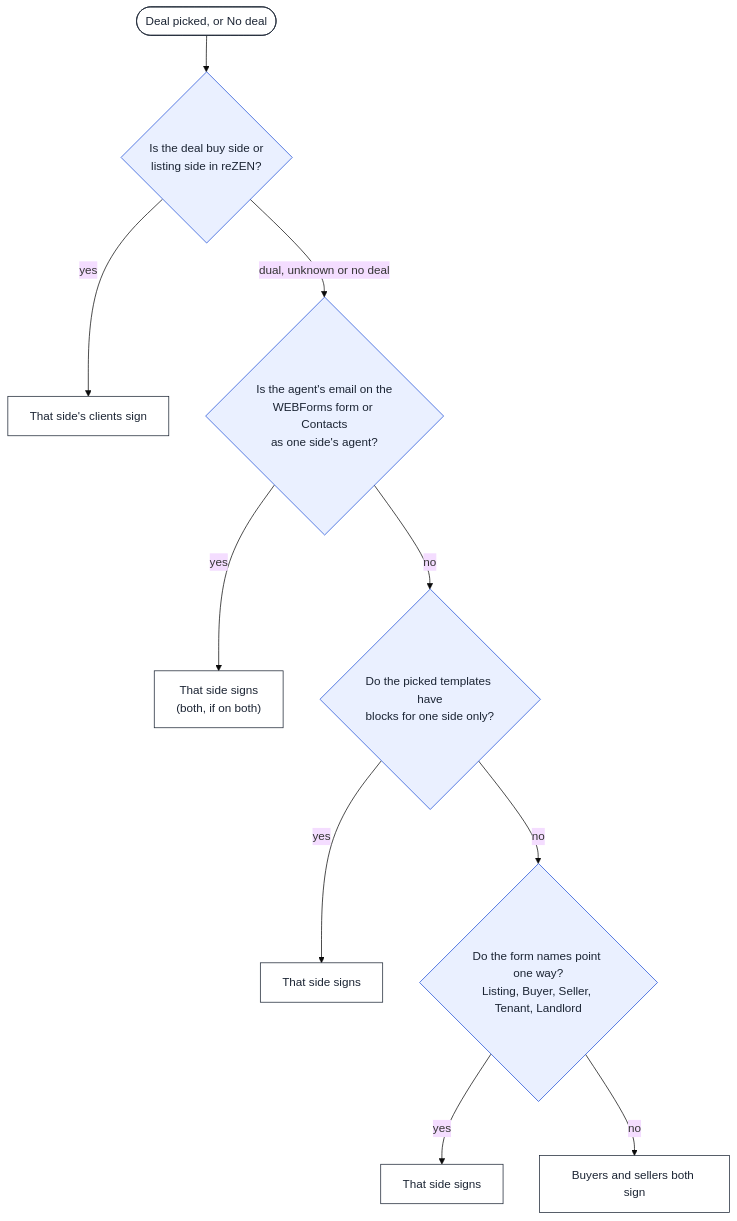
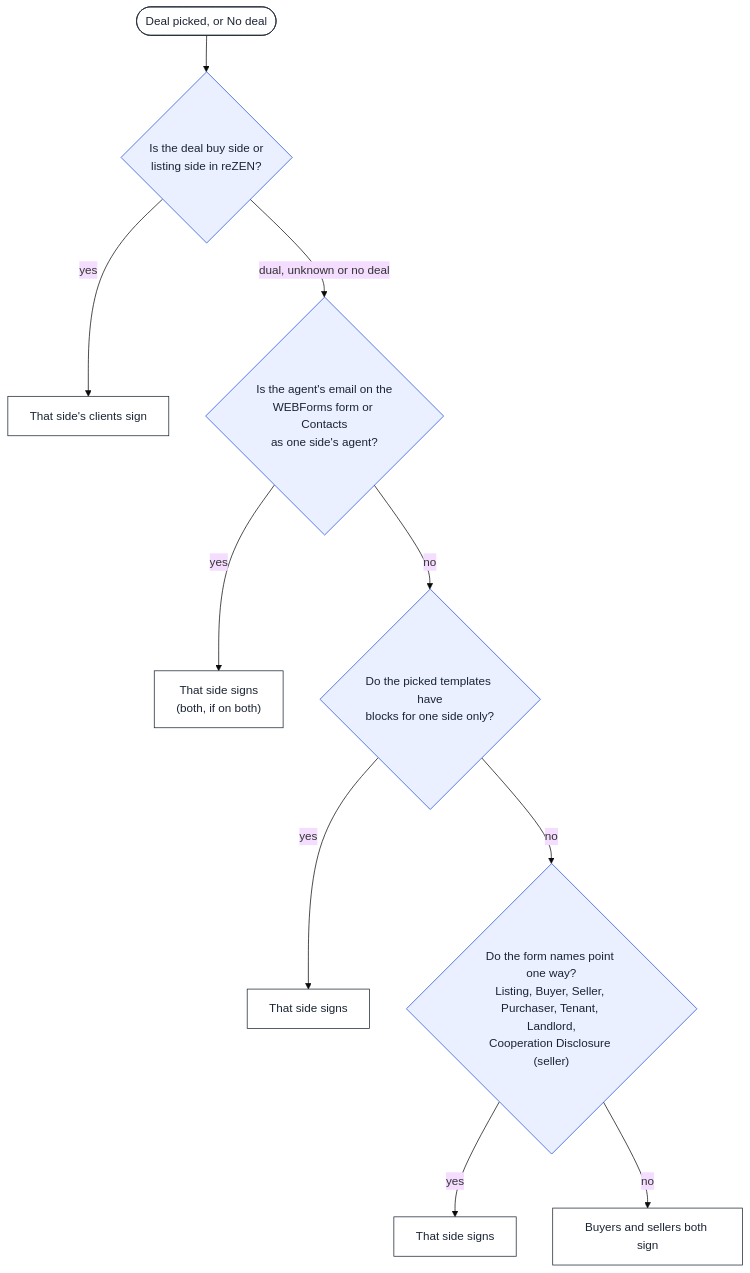
Before and after one commit to stante-group/dotted-line: the second of 4 diagrams in docs/how-the-panel-decides.md, drawn with Mermaid (base theme). The commit also changed 5 other files, not shown here.

First line of the commit message:
Panel: no bare "Please sign" subject on a standalone form; Cooperation form is the seller's

````diff
--- a/docs/how-the-panel-decides.md
+++ b/docs/how-the-panel-decides.md
@@ -60,17 +60,17 @@
 ```mermaid
 flowchart TD
   A(["Deal picked, or No deal"]) --> D{"Is the deal buy side or<br/>listing side in reZEN?"}
   D -- yes --> D1["That side's clients sign"]
   D -- "dual, unknown or no deal" --> E{"Is the agent's email on the<br/>WEBForms form or Contacts<br/>as one side's agent?"}
   E -- yes --> E1["That side signs<br/>(both, if on both)"]
   E -- no --> TP{"Do the picked templates have<br/>blocks for one side only?"}
   TP -- yes --> T1["That side signs"]
-  TP -- no --> FN{"Do the form names point one way?<br/>Listing, Buyer, Seller, Tenant, Landlord"}
+  TP -- no --> FN{"Do the form names point one way?<br/>Listing, Buyer, Seller, Purchaser, Tenant, Landlord,<br/>Cooperation Disclosure (seller)"}
   FN -- yes --> F1["That side signs"]
   FN -- no --> BOTH["Buyers and sellers both sign"]
 
   classDef q fill:#eaf0ff,stroke:#1d4ed8,color:#1b2433
   classDef out fill:#ffffff,stroke:#1b2433,color:#1b2433
   class D,E,TP,FN q
   class A,D1,E1,T1,F1,BOTH out
 ```
````
